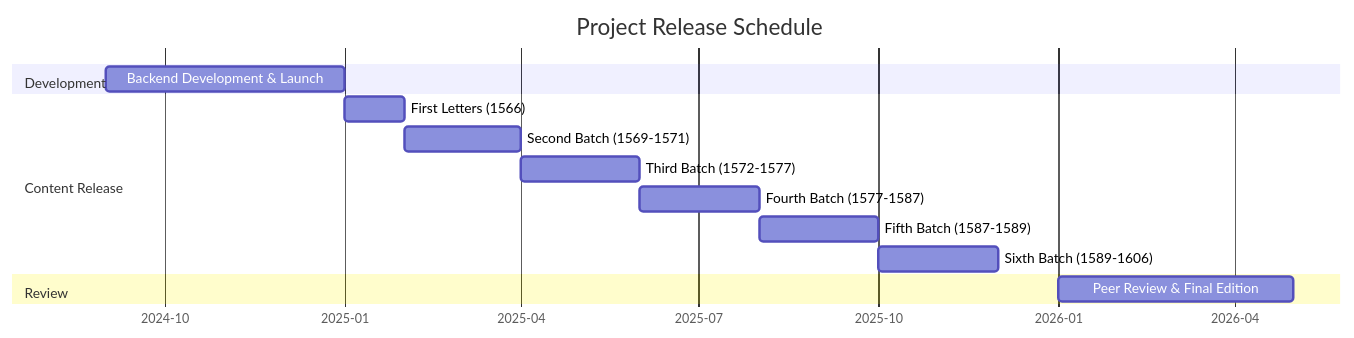
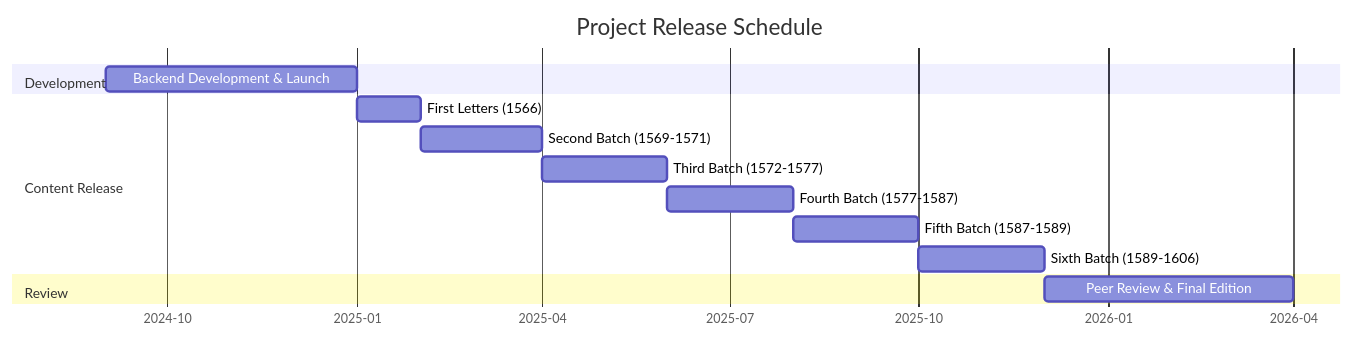
Before and after one commit to Pantagrueliste/CavrianaCorr: the diagram in README.md, drawn with Mermaid.

````diff
--- a/README.md
+++ b/README.md
@@ -29,21 +29,21 @@
 ```mermaid
 gantt
     title Project Release Schedule
     dateFormat YYYY-MM
     axisFormat %Y-%m
     
     section Development
     Backend Development & Launch :2024-09, 2025-01
     
     section Content Release
     
     First Letters (1566)         :2025-01, 2025-02
     Second Batch (1569-1571)     :2025-02, 2025-04
     Third Batch (1572-1577)      :2025-04, 2025-06
     Fourth Batch (1577-1587)     :2025-06, 2025-08
     Fifth Batch (1587-1589)      :2025-08, 2025-10
     Sixth Batch (1589-1606)      :2025-10, 2025-12
     
     section Review
-    Peer Review & Final Edition  :2026-01, 2026-05
+    Peer Review & Final Edition  :2025-12, 2026-04
 ```
````
